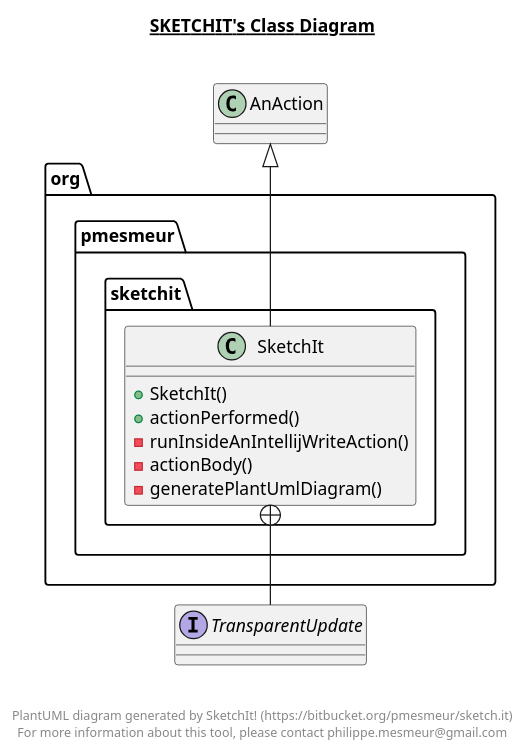
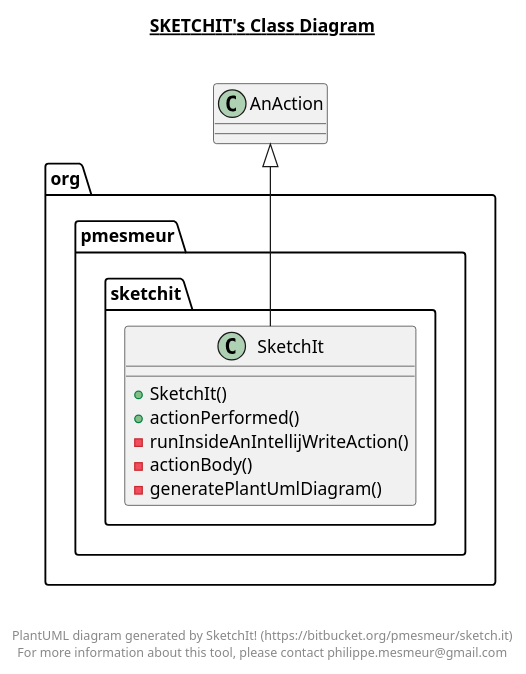
The diagram in src/org/pmesmeur/sketchit/sketchit.plantuml (bigjimlefou/sketch.it), drawn with PlantUML before and after one commit. The commit also changed 4 other files, not shown here.

```diff
--- a/src/org/pmesmeur/sketchit/sketchit.plantuml
+++ b/src/org/pmesmeur/sketchit/sketchit.plantuml
@@ -1,31 +1,26 @@
 @startuml
 
 title __SKETCHIT's Class Diagram__\n
 
   package org.pmesmeur.sketchit {
     class SketchIt {
         + SketchIt()
         + actionPerformed()
         - runInsideAnIntellijWriteAction()
         - actionBody()
         - generatePlantUmlDiagram()
     }
   }
   
 
-  interface TransparentUpdate {
-  }
-  
-
   SketchIt -up-|> AnAction
-  SketchIt +-down- TransparentUpdate
 
 
 right footer
 
 
 PlantUML diagram generated by SketchIt! (https://bitbucket.org/pmesmeur/sketch.it)
 For more information about this tool, please contact philippe.mesmeur@gmail.com
 endfooter
 
 @enduml
```
